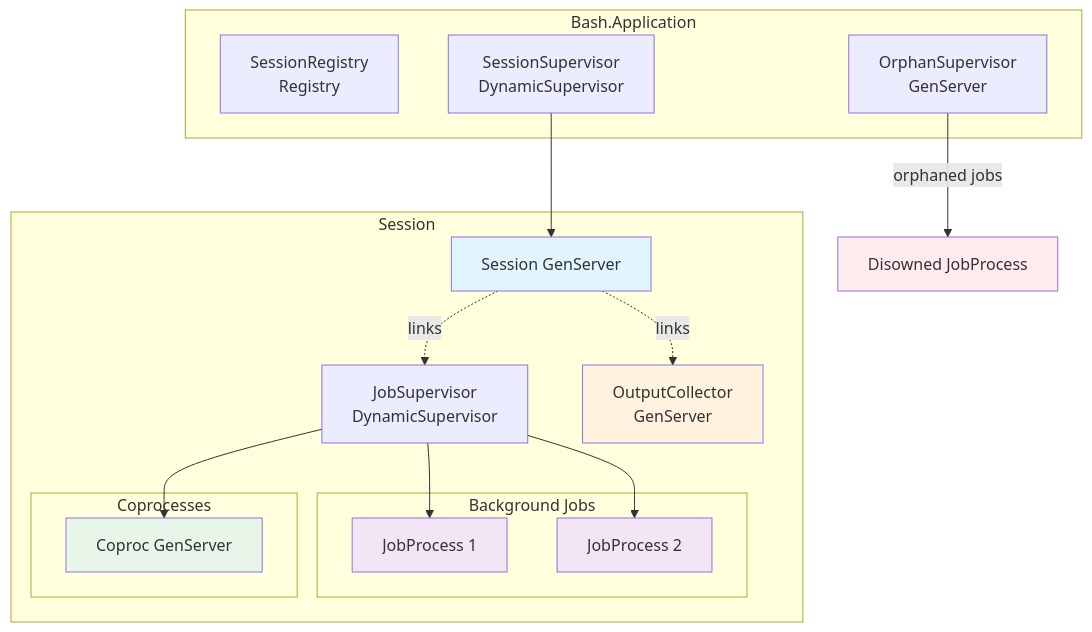
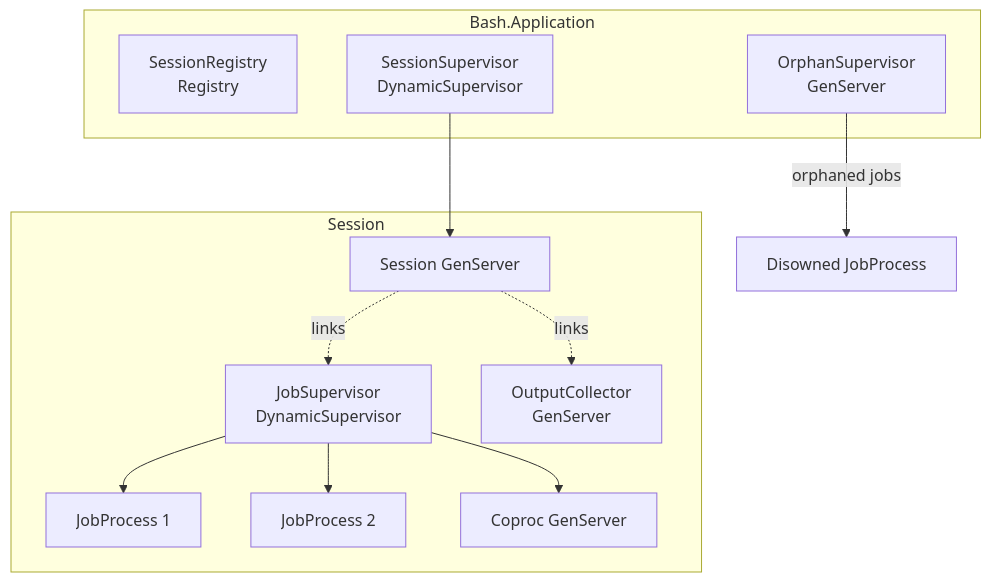
Before and after one commit to tv-labs/bash: the first of 12 diagrams in docs/ARCHITECTURE.md, drawn with Mermaid. The commit also changed other lines of this file and 13 other files, not shown here.

````diff
--- a/docs/ARCHITECTURE.md
+++ b/docs/ARCHITECTURE.md
@@ -18,38 +18,25 @@
 ```mermaid
 graph TB
     subgraph Application["Bash.Application"]
-        SR[SessionRegistry<br/>Registry]
-        SS[SessionSupervisor<br/>DynamicSupervisor]
-        OS[OrphanSupervisor<br/>GenServer]
+        SR[SessionRegistry<br>Registry]
+        SS[SessionSupervisor<br>DynamicSupervisor]
+        OSUP[OrphanSupervisor<br>GenServer]
     end
 
     subgraph Session1["Session"]
         S1[Session GenServer]
-        JS1[JobSupervisor<br/>DynamicSupervisor]
-        OC1[OutputCollector<br/>GenServer]
-
-        subgraph Jobs1["Background Jobs"]
-            JP1[JobProcess 1]
-            JP2[JobProcess 2]
-        end
-
-        subgraph Coprocs1["Coprocesses"]
-            CP1[Coproc GenServer]
-        end
+        JS1[JobSupervisor<br>DynamicSupervisor]
+        OC1[OutputCollector<br>GenServer]
+        JP1[JobProcess 1]
+        JP2[JobProcess 2]
+        CP1[Coproc GenServer]
     end
 
     SS --> S1
     S1 -.->|links| JS1
     S1 -.->|links| OC1
     JS1 --> JP1
     JS1 --> JP2
     JS1 --> CP1
-    OS -->|orphaned jobs| JP3[Disowned JobProcess]
-
-    style S1 fill:#e1f5fe
-    style OC1 fill:#fff3e0
-    style JP1 fill:#f3e5f5
-    style JP2 fill:#f3e5f5
-    style JP3 fill:#ffebee
-    style CP1 fill:#e8f5e9
+    OSUP -->|orphaned jobs| JP3[Disowned JobProcess]
 ```
````
